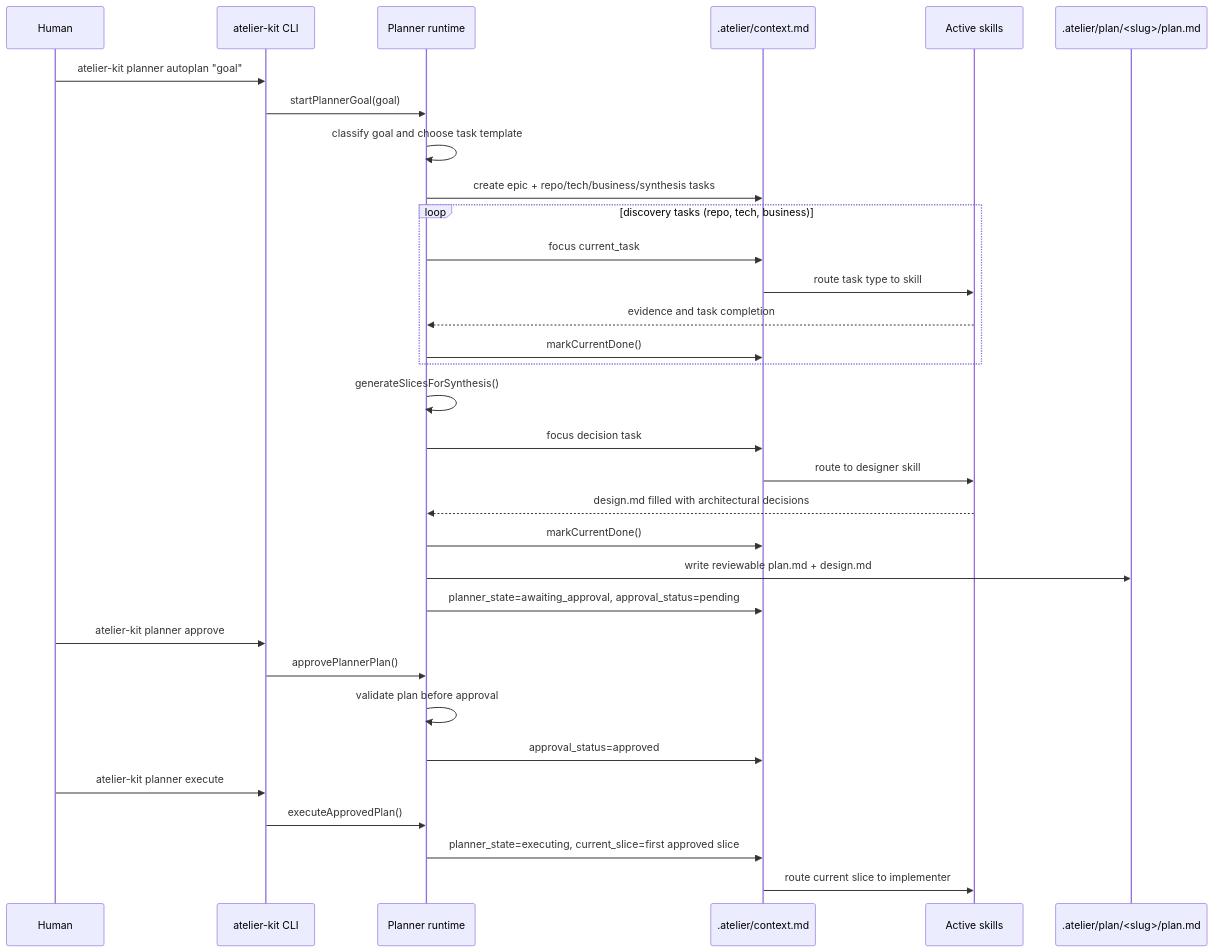
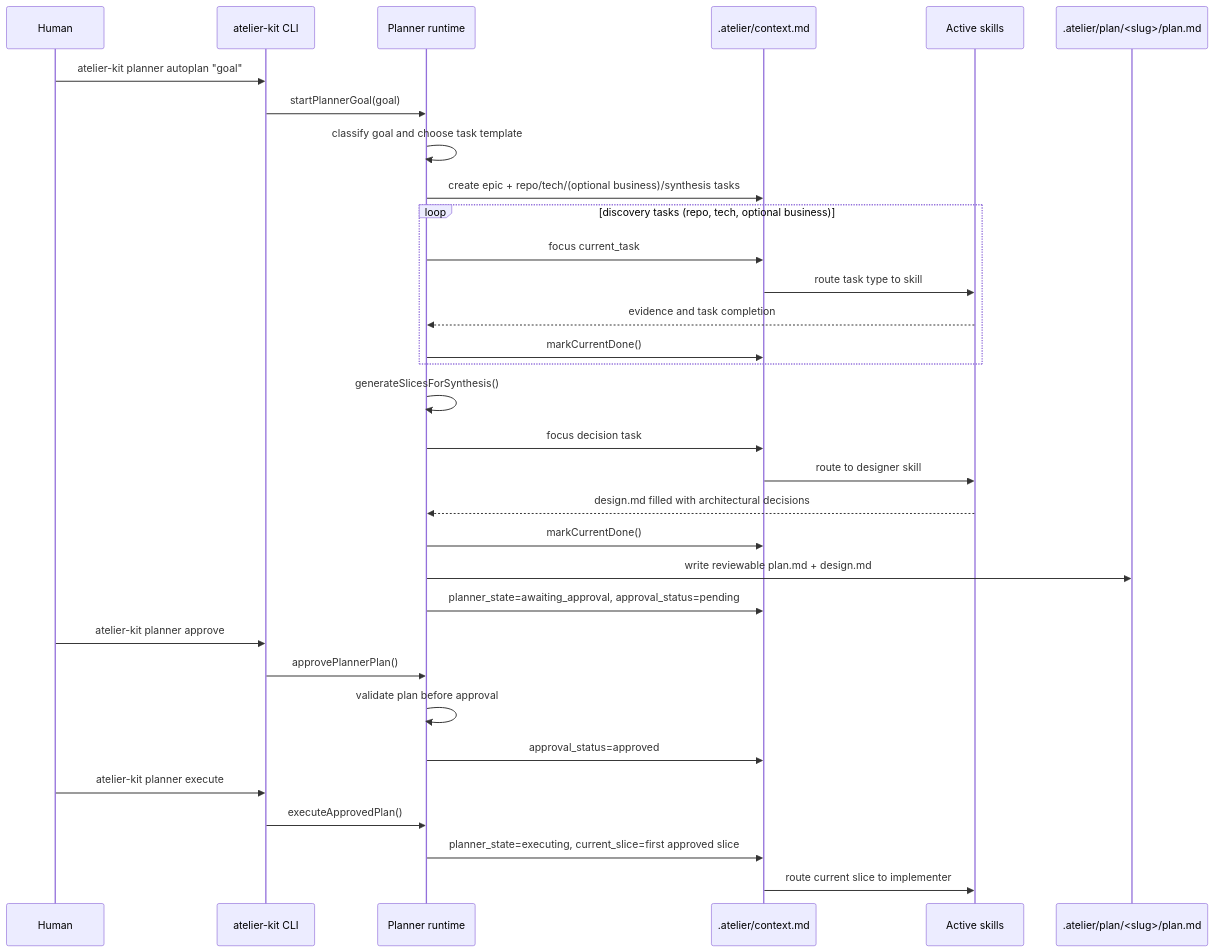
Before and after one commit to atelier-kit/atelier-kit: the second of 8 diagrams in EXECUTION-FLOW.md, drawn with Mermaid. The commit also changed other lines of this file and 5 other files, not shown here.

Commit message:
Make business flow optional

````diff
--- a/EXECUTION-FLOW.md
+++ b/EXECUTION-FLOW.md
@@ -44,40 +44,40 @@
 ```mermaid
 sequenceDiagram
   participant Human
   participant CLI as atelier-kit CLI
   participant Planner as Planner runtime
   participant State as .atelier/context.md
   participant Skills as Active skills
   participant Plan as .atelier/plan/<slug>/plan.md
 
   Human->>CLI: atelier-kit planner autoplan "goal"
   CLI->>Planner: startPlannerGoal(goal)
   Planner->>Planner: classify goal and choose task template
-  Planner->>State: create epic + repo/tech/business/synthesis tasks
+  Planner->>State: create epic + repo/tech/(optional business)/synthesis tasks
 
-  loop discovery tasks (repo, tech, business)
+  loop discovery tasks (repo, tech, optional business)
     Planner->>State: focus current_task
     State->>Skills: route task type to skill
     Skills-->>Planner: evidence and task completion
     Planner->>State: markCurrentDone()
   end
 
   Planner->>Planner: generateSlicesForSynthesis()
   Planner->>State: focus decision task
   State->>Skills: route to designer skill
   Skills-->>Planner: design.md filled with architectural decisions
   Planner->>State: markCurrentDone()
 
   Planner->>Plan: write reviewable plan.md + design.md
   Planner->>State: planner_state=awaiting_approval, approval_status=pending
 
   Human->>CLI: atelier-kit planner approve
   CLI->>Planner: approvePlannerPlan()
   Planner->>Planner: validate plan before approval
   Planner->>State: approval_status=approved
 
   Human->>CLI: atelier-kit planner execute
   CLI->>Planner: executeApprovedPlan()
   Planner->>State: planner_state=executing, current_slice=first approved slice
   State->>Skills: route current slice to implementer
 ```
````
